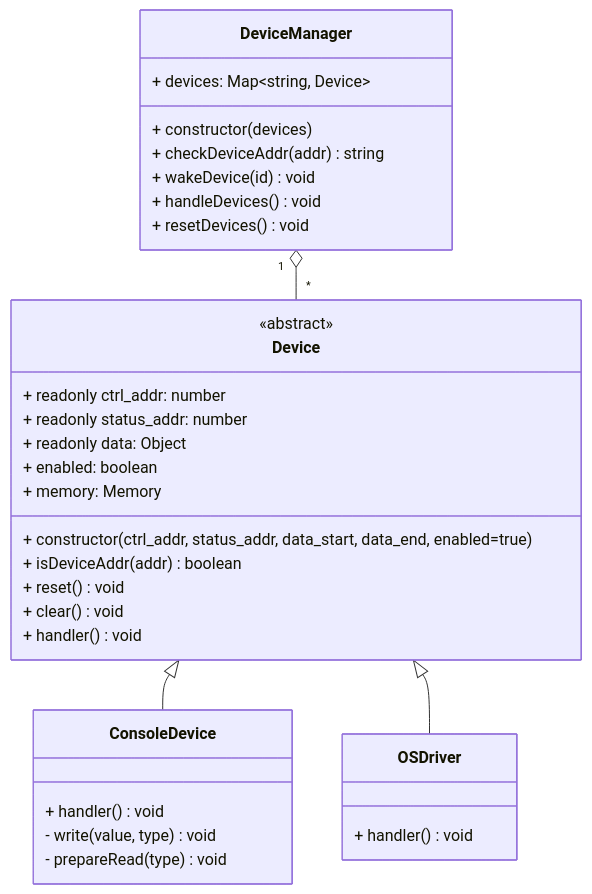
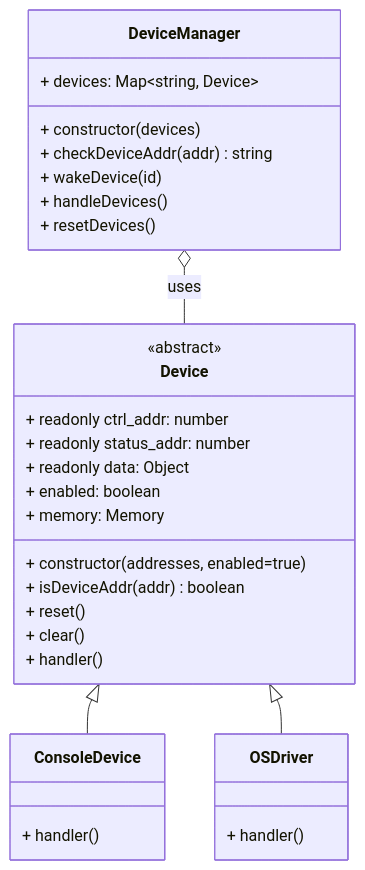
The diagram in diagrams/architecture/devices.mmd (ldcas-uc3m/TFM), drawn with Mermaid before and after one commit. The commit also changed 4 other files, not shown here.

```diff
--- a/diagrams/architecture/devices.mmd
+++ b/diagrams/architecture/devices.mmd
@@ -1,40 +1,40 @@
 classDiagram
     direction TB
 
     class Device {
         <<abstract>>
         + readonly ctrl_addr: number
         + readonly status_addr: number
         + readonly data: Object
         + enabled: boolean
         + memory: Memory
-        + constructor(ctrl_addr, status_addr, data_start, data_end, enabled=true)
+        + constructor(addresses, enabled=true)
         + isDeviceAddr(addr) boolean
-        + reset() void
-        + clear() void
-        + handler() void
+        + reset()
+        + clear()
+        + handler()
     }
 
-    class ConsoleDevice {
-        + handler() void
-        - write(value, type) void
-        - prepareRead(type) void
+    class Console Device {
+        + handler()
+        %% - write(value, type)
+        %% - prepareRead(type)
     }
 
-    class OSDriver {
-        + handler() void
+    class OS Driver {
+        + handler()
     }
 
-    class DeviceManager {
+    class Device Manager {
         + devices: Map~string, Device~
         + constructor(devices)
         + checkDeviceAddr(addr) string
-        + wakeDevice(id) void
-        + handleDevices() void
-        + resetDevices() void
+        + wakeDevice(id)
+        + handleDevices()
+        + resetDevices()
     }
 
     %% relationships
     Device <|-- ConsoleDevice
     Device <|-- OSDriver
-    DeviceManager "1" o-- "*" Device
+    DeviceManager  o-- Device: uses
```
